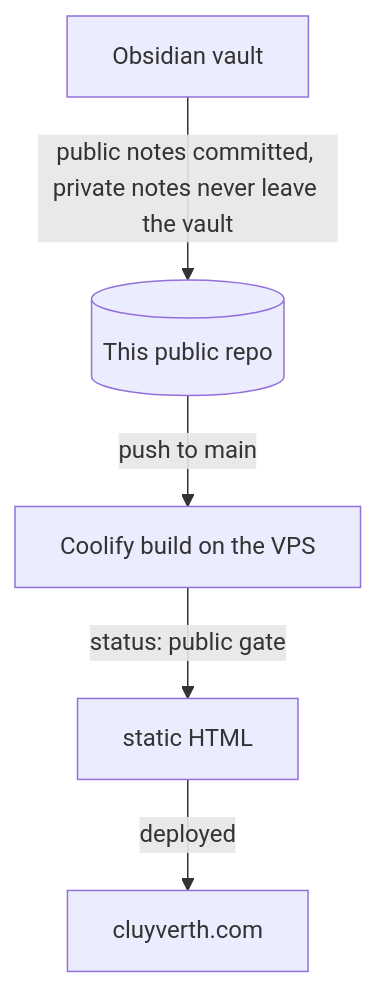
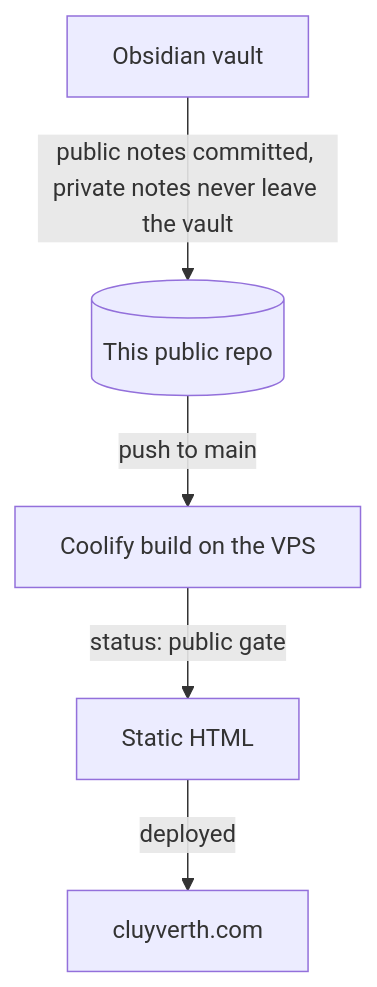
Before and after one commit to Cluyverth/Cluyverth-Hub: the diagram in .notes/en-us/cluyverth-hub.md, drawn with Mermaid. The commit also changed other lines of this file and 16 other files, not shown here.

````diff
--- a/.notes/en-us/cluyverth-hub.md
+++ b/.notes/en-us/cluyverth-hub.md
@@ -35,7 +70,7 @@
 ```mermaid
 flowchart TB
     V[Obsidian vault] -->|public notes committed, private notes never leave the vault| S[(This public repo)]
     S -->|push to main| B[Coolify build on the VPS]
-    B -->|status: public gate| D[static HTML]
+    B -->|status: public gate| D[Static HTML]
     D -->|deployed| W[cluyverth.com]
 ```
````
